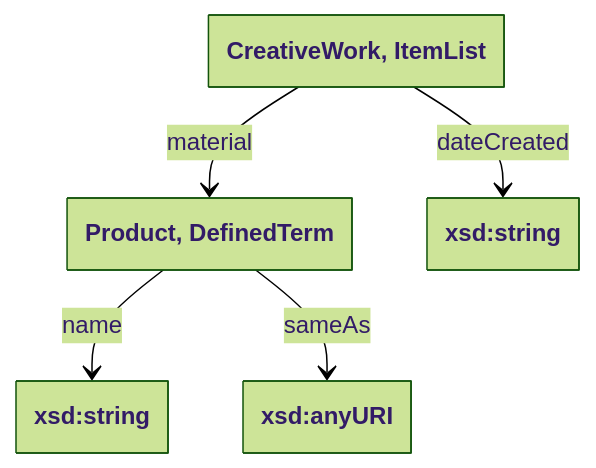
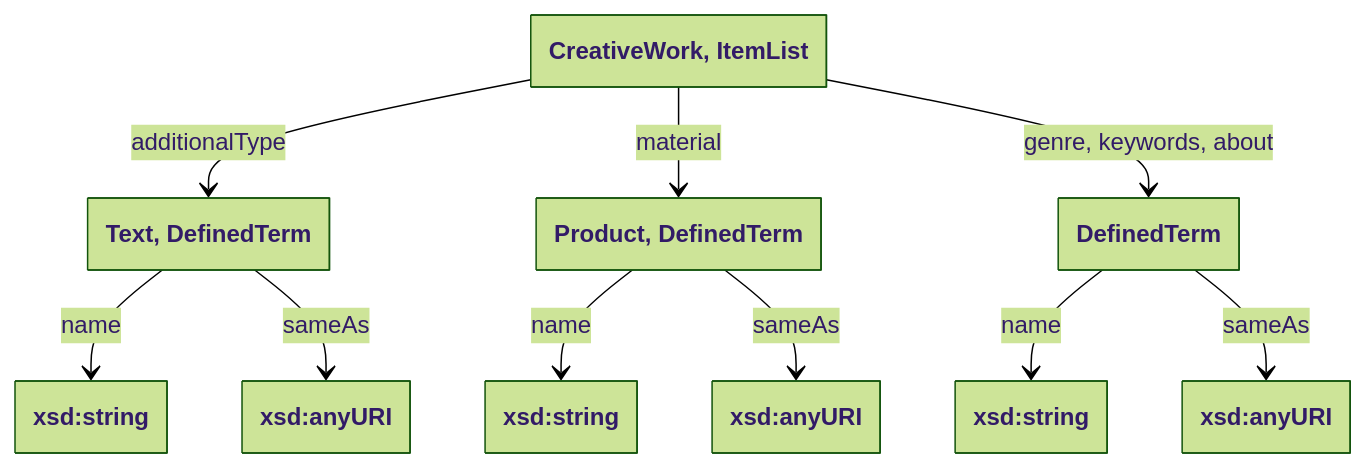
The fifth of 5 diagrams in README.md (collectienederland/schema-profile), drawn with Mermaid before and after one commit. The commit also changed other lines of this file, not shown here.

````diff
--- a/README.md
+++ b/README.md
@@ -171,20 +220,31 @@
 ```mermaid
 ---
   config:
     theme: forest
     class:
       hideEmptyMembersBox: true
 ---
 classDiagram
 class creativework["CreativeWork, ItemList"]
+
+class additional["Text, DefinedTerm"]
+class lit_27["xsd:string"]
+class lit_28["xsd:anyURI"]
+creativework --> additional: additionalType
+additional --> lit_27: name
+additional --> lit_28: sameAs
+
 class product["Product, DefinedTerm"]
-
 class lit_0["xsd:string"]
-class lit_1["xsd:string"]
 class lit_2["xsd:anyURI"]
-
-creativework --> lit_1: dateCreated
 creativework --> product: material
 product --> lit_0: name
 product --> lit_2: sameAs
+
+class defterm["DefinedTerm"]
+class lit_29["xsd:string"]
+class lit_30["xsd:anyURI"]
+creativework --> defterm: genre, keywords, about
+defterm --> lit_29: name
+defterm --> lit_30: sameAs
 ```
````
